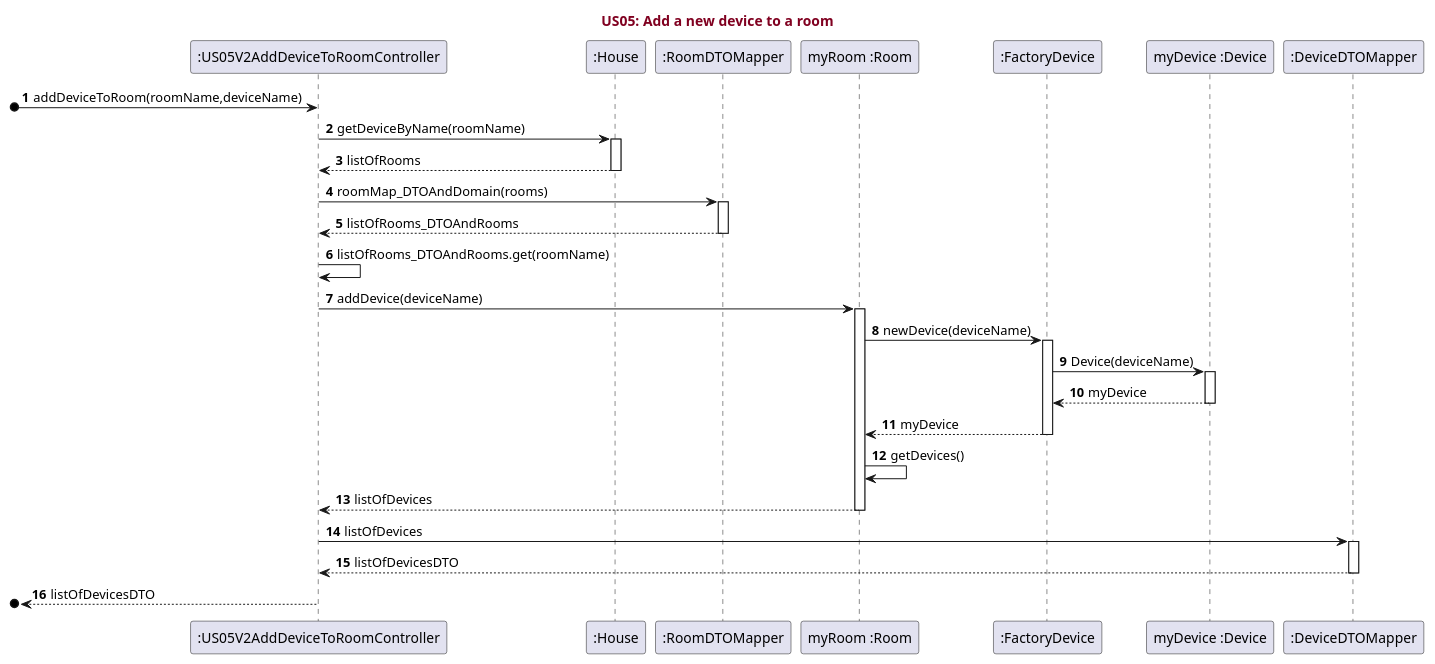
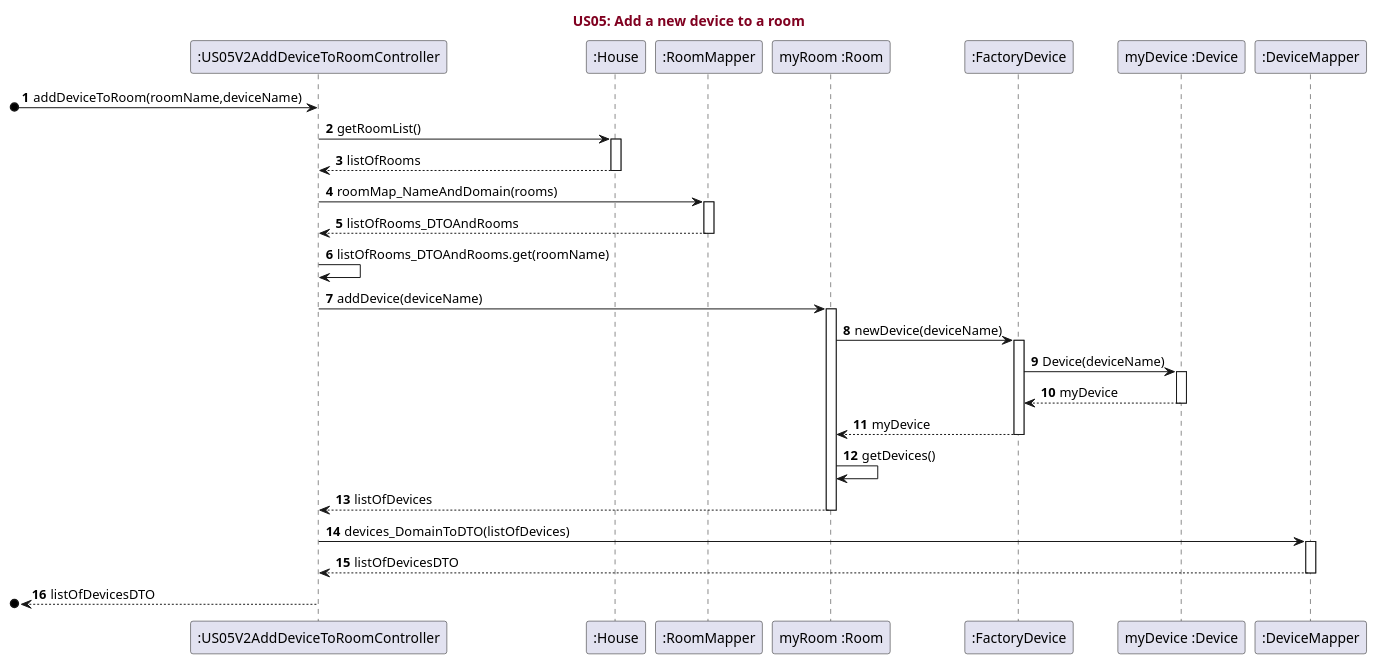
One commit to RicardoAraujoPT/SmartHome2 changed the diagram in src/main/java/pt/ipp/isep/dei/examples/basic/domain/SmartHome/UML/US05.puml. Above: the diagram before and after it, drawn with PlantUML.

Commit message:
updated class names in sequence diagram US05

```diff
--- a/src/main/java/pt/ipp/isep/dei/examples/basic/domain/SmartHome/UML/US05.puml
+++ b/src/main/java/pt/ipp/isep/dei/examples/basic/domain/SmartHome/UML/US05.puml
@@ -1,52 +1,52 @@
 @startuml
 'https://plantuml.com/sequence-diagram
 
 title <font color=#800020>US05: Add a new device to a room</font>
 
 
 autonumber
 
 participant ":US05V2AddDeviceToRoomController"
 participant ":House"
-participant ":RoomDTOMapper"
+participant ":RoomMapper"
 participant "myRoom :Room"
 participant ":FactoryDevice"
 participant "myDevice :Device"
-participant ":DeviceDTOMapper"
+participant ":DeviceMapper"
 
 
 [o-> ":US05V2AddDeviceToRoomController" : addDeviceToRoom(roomName,deviceName)
-":US05V2AddDeviceToRoomController" -> ":House" : getDeviceByName(roomName)
+":US05V2AddDeviceToRoomController" -> ":House" : getRoomList()
 activate ":House"
 ":US05V2AddDeviceToRoomController" <-- ":House" : listOfRooms
 deactivate ":House"
-":US05V2AddDeviceToRoomController" -> ":RoomDTOMapper" : roomMap_DTOAndDomain(rooms)
-activate ":RoomDTOMapper"
-":US05V2AddDeviceToRoomController" <-- ":RoomDTOMapper" : listOfRooms_DTOAndRooms
-deactivate ":RoomDTOMapper"
+":US05V2AddDeviceToRoomController" -> ":RoomMapper" : roomMap_NameAndDomain(rooms)
+activate ":RoomMapper"
+":US05V2AddDeviceToRoomController" <-- ":RoomMapper" : listOfRooms_DTOAndRooms
+deactivate ":RoomMapper"
 ":US05V2AddDeviceToRoomController" -> ":US05V2AddDeviceToRoomController" : listOfRooms_DTOAndRooms.get(roomName)
 ":US05V2AddDeviceToRoomController" -> "myRoom :Room" : addDevice(deviceName)
 activate "myRoom :Room"
 "myRoom :Room" -> ":FactoryDevice" : newDevice(deviceName)
 activate ":FactoryDevice"
 ":FactoryDevice" -> "myDevice :Device" : Device(deviceName)
 activate "myDevice :Device"
 "myDevice :Device" --> ":FactoryDevice" : myDevice
 deactivate "myDevice :Device"
 ":FactoryDevice" --> "myRoom :Room" : myDevice
 deactivate ":FactoryDevice"
 "myRoom :Room" -> "myRoom :Room" : getDevices()
 ":US05V2AddDeviceToRoomController" <-- "myRoom :Room" : listOfDevices
 deactivate "myRoom :Room"
 
-":US05V2AddDeviceToRoomController" -> ":DeviceDTOMapper" : listOfDevices
-activate ":DeviceDTOMapper"
-":US05V2AddDeviceToRoomController" <-- ":DeviceDTOMapper" : listOfDevicesDTO
-deactivate ":DeviceDTOMapper"
+":US05V2AddDeviceToRoomController" -> ":DeviceMapper" : devices_DomainToDTO(listOfDevices)
+activate ":DeviceMapper"
+":US05V2AddDeviceToRoomController" <-- ":DeviceMapper" : listOfDevicesDTO
+deactivate ":DeviceMapper"
 [o<-- ":US05V2AddDeviceToRoomController" : listOfDevicesDTO
 deactivate ":US05V2AddDeviceToRoomController"
 
 
 
 
 @enduml
```
